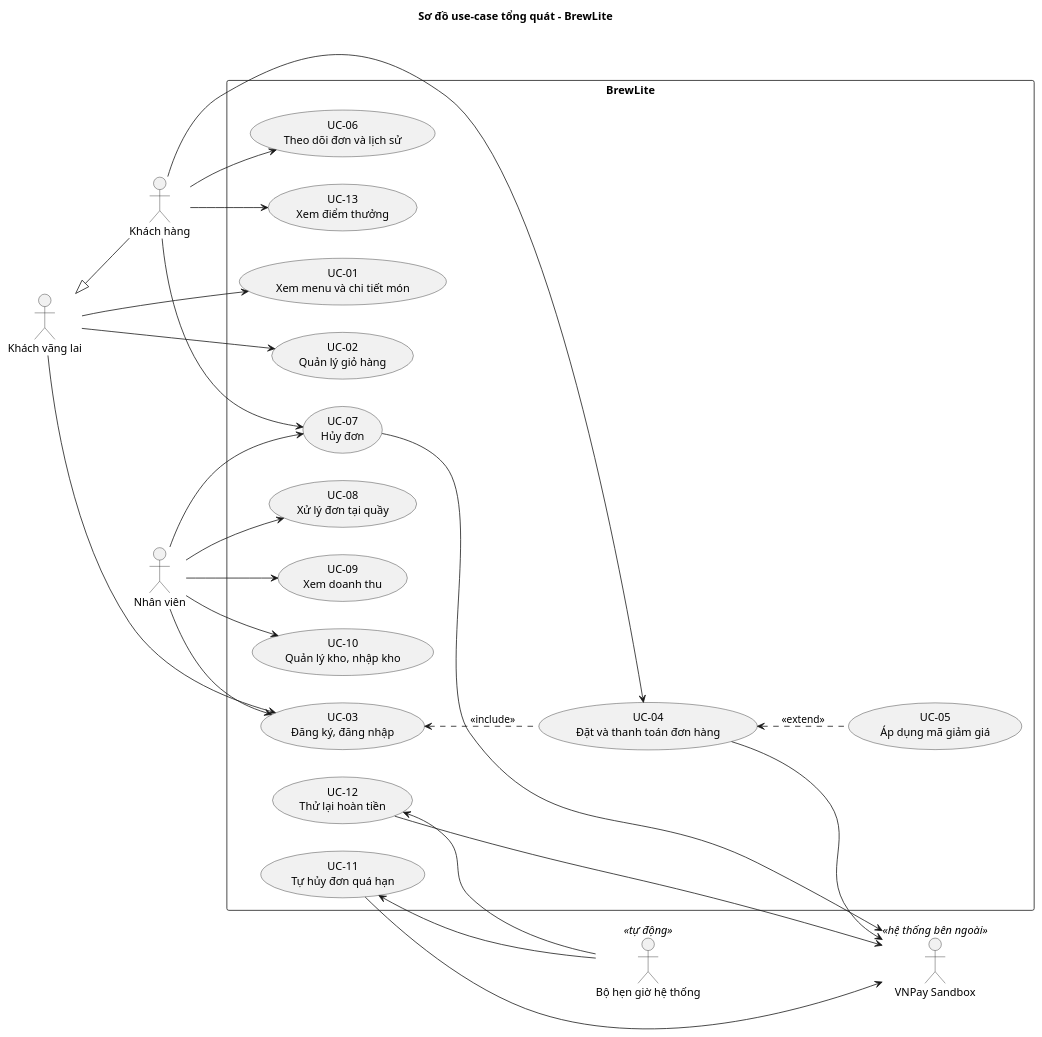
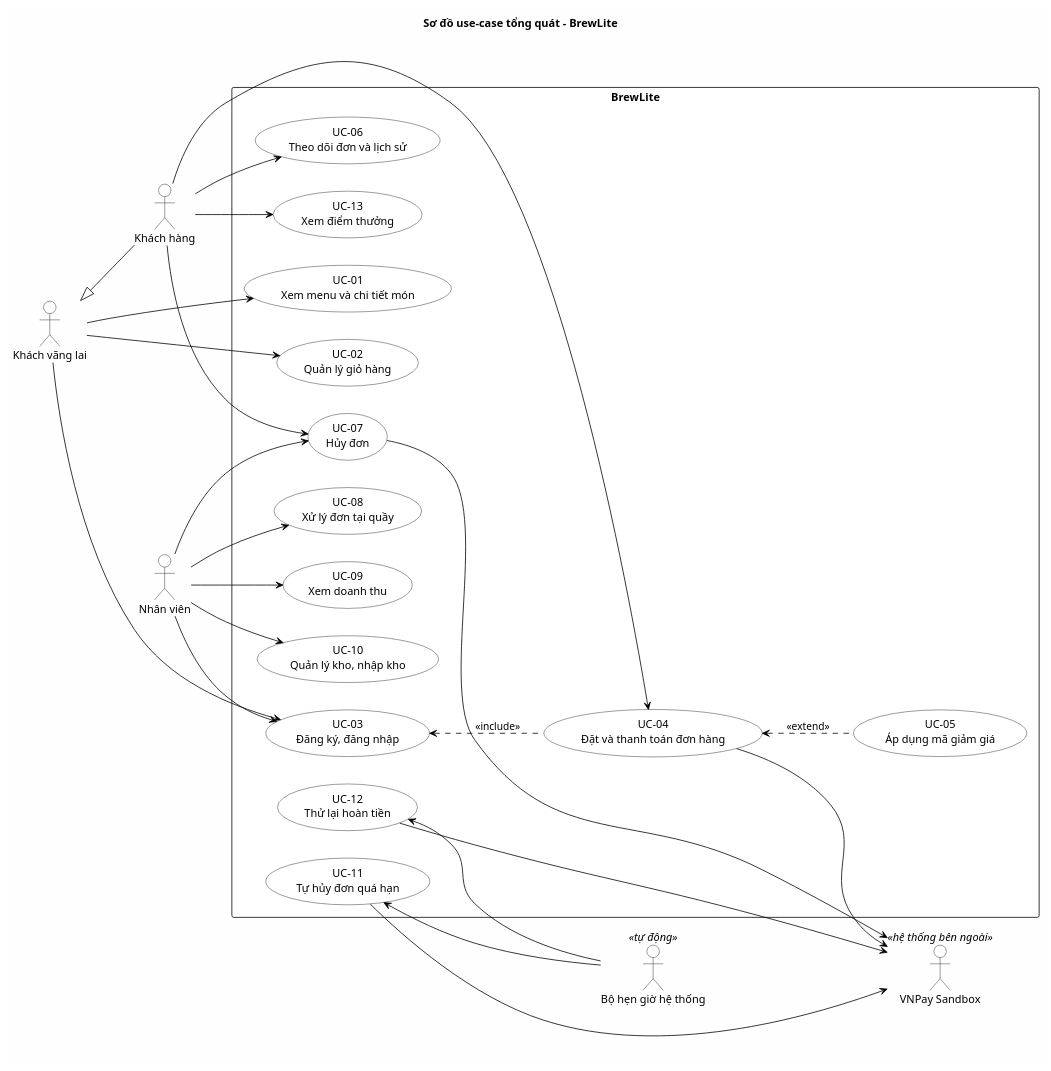
One commit to phi10hung/brewlite-ass2 changed the diagram in docs/requirements/usecase-overview.puml. Above: the diagram before and after it, drawn with PlantUML. The commit also changed 3 other files, not shown here.

```diff
--- a/docs/requirements/usecase-overview.puml
+++ b/docs/requirements/usecase-overview.puml
@@ -1,60 +1,69 @@
 @startuml usecase-overview
 title Sơ đồ use-case tổng quát – BrewLite
 left to right direction
+skinparam shadowing false
+skinparam backgroundColor #FEFEFE
+skinparam ArrowColor black
+skinparam ActorBackgroundColor white
+skinparam ActorBorderColor black
+skinparam UsecaseBackgroundColor white
+skinparam UsecaseBorderColor black
+skinparam RectangleBackgroundColor white
+skinparam RectangleBorderColor black
 
 actor "Khách vãng lai" as KVL
 actor "Khách hàng" as KH
 actor "Nhân viên" as NV
 actor "VNPay Sandbox" as VNP <<hệ thống bên ngoài>>
 actor "Bộ hẹn giờ hệ thống" as TIMER <<tự động>>
 
 ' Khách hàng làm được mọi việc của Khách vãng lai
 KVL <|-- KH
 
 rectangle "BrewLite" {
   usecase "UC-01\nXem menu và chi tiết món" as UC01
   usecase "UC-02\nQuản lý giỏ hàng" as UC02
   usecase "UC-03\nĐăng ký, đăng nhập" as UC03
   usecase "UC-04\nĐặt và thanh toán đơn hàng" as UC04
   usecase "UC-05\nÁp dụng mã giảm giá" as UC05
   usecase "UC-06\nTheo dõi đơn và lịch sử" as UC06
   usecase "UC-07\nHủy đơn" as UC07
   usecase "UC-13\nXem điểm thưởng" as UC13
   usecase "UC-08\nXử lý đơn tại quầy" as UC08
   usecase "UC-09\nXem doanh thu" as UC09
   usecase "UC-10\nQuản lý kho, nhập kho" as UC10
   usecase "UC-11\nTự hủy đơn quá hạn" as UC11
   usecase "UC-12\nThử lại hoàn tiền" as UC12
 }
 
 ' Khách vãng lai (Khách hàng kế thừa)
 KVL --> UC01
 KVL --> UC02
 KVL --> UC03
 
 ' Khách hàng
 KH --> UC04
 KH --> UC06
 KH --> UC07
 KH --> UC13
 
 ' Nhân viên
 NV --> UC03
 NV --> UC07
 NV --> UC08
 NV --> UC09
 NV --> UC10
 
 ' Quan hệ giữa các use-case (viết ngược chiều để UC-03, UC-04, UC-05 nằm trên một hàng;
 ' mũi tên vẫn đi từ UC-04 tới UC-03 và từ UC-05 tới UC-04)
 UC03 <.. UC04 : <<include>>
 UC04 <.. UC05 : <<extend>>
 
 ' Tác nhân phụ bên phải
 UC04 --> VNP
 UC07 --> VNP
 UC11 --> VNP
 UC12 --> VNP
 UC11 <-- TIMER
 UC12 <-- TIMER
 @enduml
```
